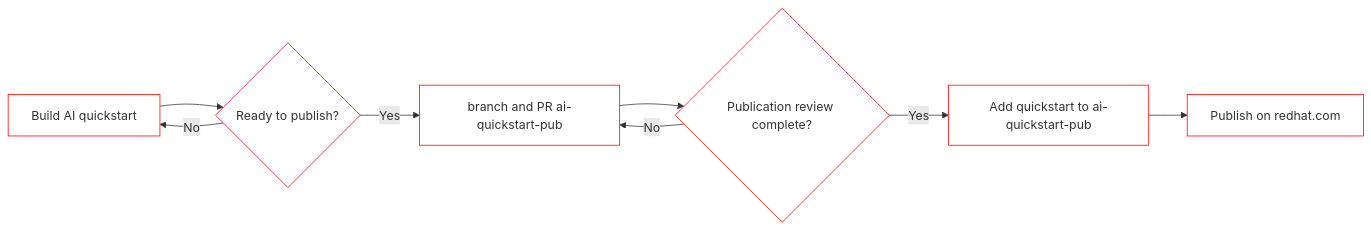
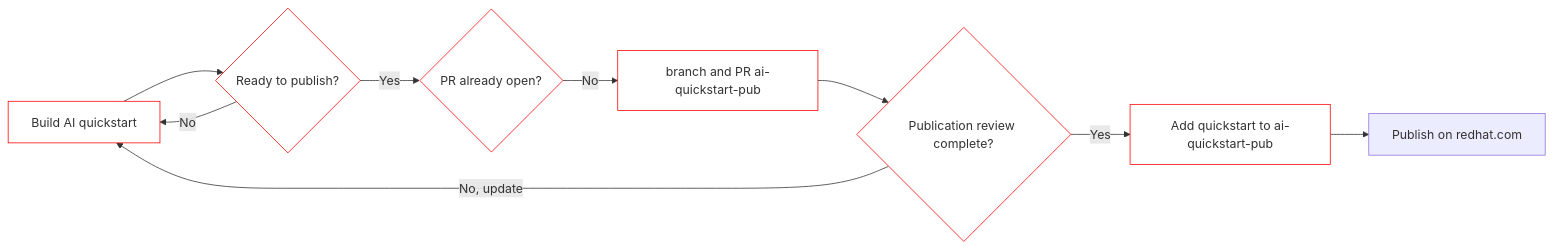
One commit to rh-ai-quickstart/ai-quickstart-contrib changed the diagram in PUBLISHING.md. Above: the diagram before and after it, drawn with Mermaid. The commit also changed other lines of this file, not shown here.

Commit message:
more realistic flowchart

````diff
--- a/PUBLISHING.md
+++ b/PUBLISHING.md
@@ -19,17 +15,18 @@
 ```mermaid
   flowchart LR 
     A[Build AI quickstart] --> B{Ready to publish?};
     B -- No --> A;
-    B -- Yes --> C[branch and PR ai-quickstart-pub];
-    C --> D{Publication review complete?};
-    D -- No --> C;
-    D -- Yes --> E[Add quickstart to ai-quickstart-pub];
-    E --> F[Publish on redhat.com];
+    B -- Yes --> C{PR already open?};
+    C -- No --> D[branch and PR ai-quickstart-pub];
+    D --> E{Publication review complete?};
+    E -- No, update --> A;
+    E -- Yes --> F[Add quickstart to ai-quickstart-pub];
+    F --> G[Publish on redhat.com];
 
     style A fill:#fff,stroke:#f00
     style B fill:#fff,stroke:#f00
     style C fill:#fff,stroke:#f00
     style D fill:#fff,stroke:#f00
     style E fill:#fff,stroke:#f00
     style F fill:#fff,stroke:#f00
 ```
````
